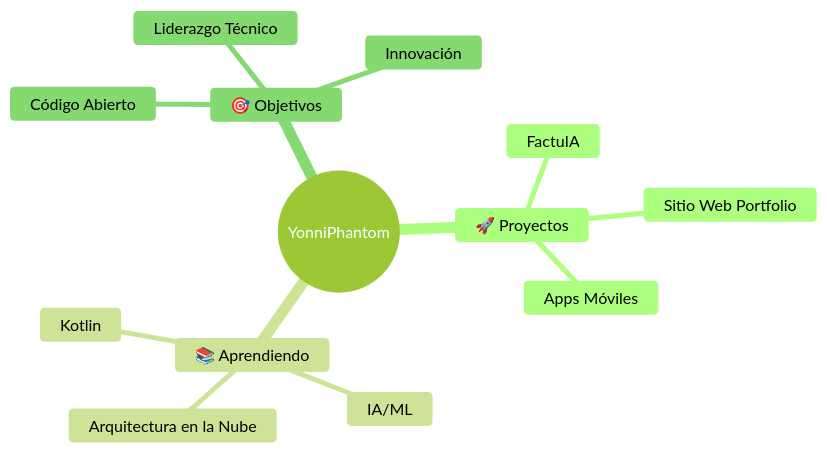
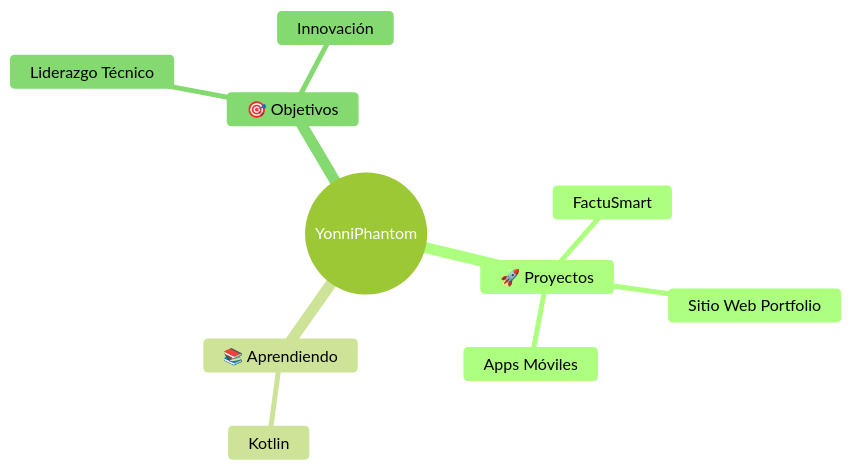
The diagram in README.md (YonniPhantom/YonniPhantom), drawn with Mermaid (forest theme) before and after one commit. The commit also changed other lines of this file, not shown here.

````diff
--- a/README.md
+++ b/README.md
@@ -127,16 +127,13 @@
 ```mermaid
 mindmap
   root((YonniPhantom))
     🚀 Proyectos
-      FactuIA
+      FactuSmart
       Sitio Web Portfolio
       Apps Móviles
     📚 Aprendiendo
       Kotlin
-      IA/ML
-      Arquitectura en la Nube
     🎯 Objetivos
-      Código Abierto
       Liderazgo Técnico
       Innovación
 ```
````
